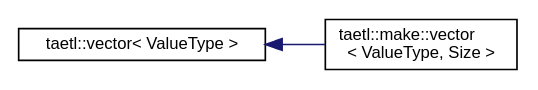
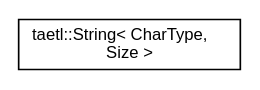
One commit to tobanteAudio/taetl changed the diagram in inherit_graph_23.dot. Above: the diagram before and after it, drawn with Graphviz. The commit also changed 82 other files, not shown here.

```diff
--- a/inherit_graph_23.dot
+++ b/inherit_graph_23.dot
@@ -1,9 +1,7 @@
 digraph "Graphical Class Hierarchy"
 {
   edge [fontname="Helvetica",fontsize="10",labelfontname="Helvetica",labelfontsize="10"];
   node [fontname="Helvetica",fontsize="10",shape=record];
   rankdir="LR";
-  Node0 [label="taetl::vector\< ValueType \>",height=0.2,width=0.4,color="black", fillcolor="white", style="filled",URL="$classtaetl_1_1vector.html"];
-  Node0 -> Node1 [dir="back",color="midnightblue",fontsize="10",style="solid",fontname="Helvetica"];
-  Node1 [label="taetl::make::vector\l\< ValueType, Size \>",height=0.2,width=0.4,color="black", fillcolor="white", style="filled",URL="$classtaetl_1_1make_1_1vector.html"];
+  Node0 [label="taetl::String\< CharType,\l Size \>",height=0.2,width=0.4,color="black", fillcolor="white", style="filled",URL="$classtaetl_1_1String.html",tooltip="String class with fixed size capacity. "];
 }
```
